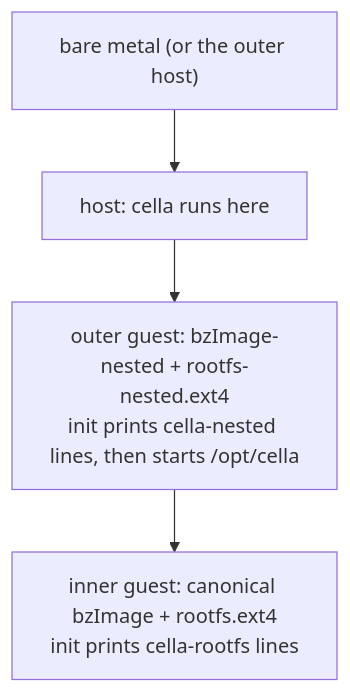
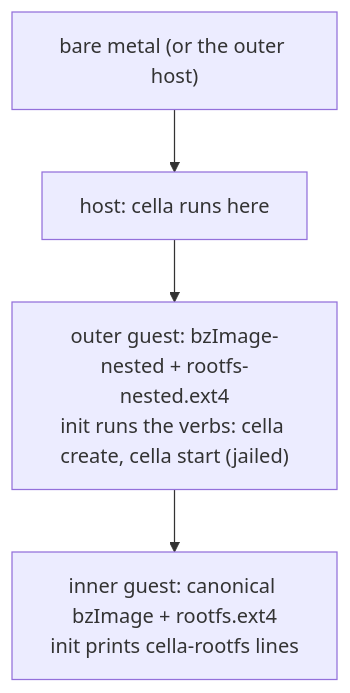
Before and after one commit to omne-earth/cella: the first of 2 diagrams in docs/NESTED-BOOT.md, drawn with Mermaid. The commit also changed other lines of this file and 1 other file, not shown here.

````diff
--- a/docs/NESTED-BOOT.md
+++ b/docs/NESTED-BOOT.md
@@ -23,6 +23,6 @@
 ```mermaid
 flowchart TD
     L0["bare metal (or the outer host)"] --> L1["host: cella runs here"]
-    L1 --> L2["outer guest: bzImage-nested + rootfs-nested.ext4<br/>init prints cella-nested lines, then starts /opt/cella"]
+    L1 --> L2["outer guest: bzImage-nested + rootfs-nested.ext4<br/>init runs the verbs: cella create, cella start (jailed)"]
     L2 --> L3["inner guest: canonical bzImage + rootfs.ext4<br/>init prints cella-rootfs lines"]
 ```
````
